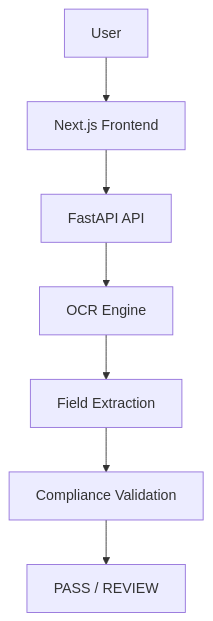
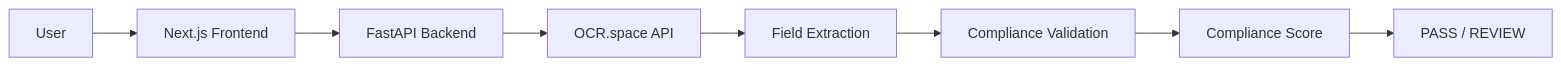
Before and after one commit to 0x01987/ttb-label-verification-app: the diagram in README.md, drawn with Mermaid.

Commit message:
Revise README with updated architecture and project info
Updated README to include new architecture diagram and enhanced project details.

````diff
--- a/README.md
+++ b/README.md
@@ -130,9 +29,19 @@
 ```mermaid
-flowchart TD
-    A[User] --> B[Next.js Frontend]
-    B --> C[FastAPI API]
-    C --> D[OCR Engine]
-    D --> E[Field Extraction]
-    E --> F[Compliance Validation]
-    F --> G[PASS / REVIEW]
+flowchart LR
+    A[User]
+    B[Next.js Frontend]
+    C[FastAPI Backend]
+    D[OCR.space API]
+    E[Field Extraction]
+    F[Compliance Validation]
+    G[Compliance Score]
+    H[PASS / REVIEW]
+
+    A --> B
+    B --> C
+    C --> D
+    D --> E
+    E --> F
+    F --> G
+    G --> H
 ```
````
